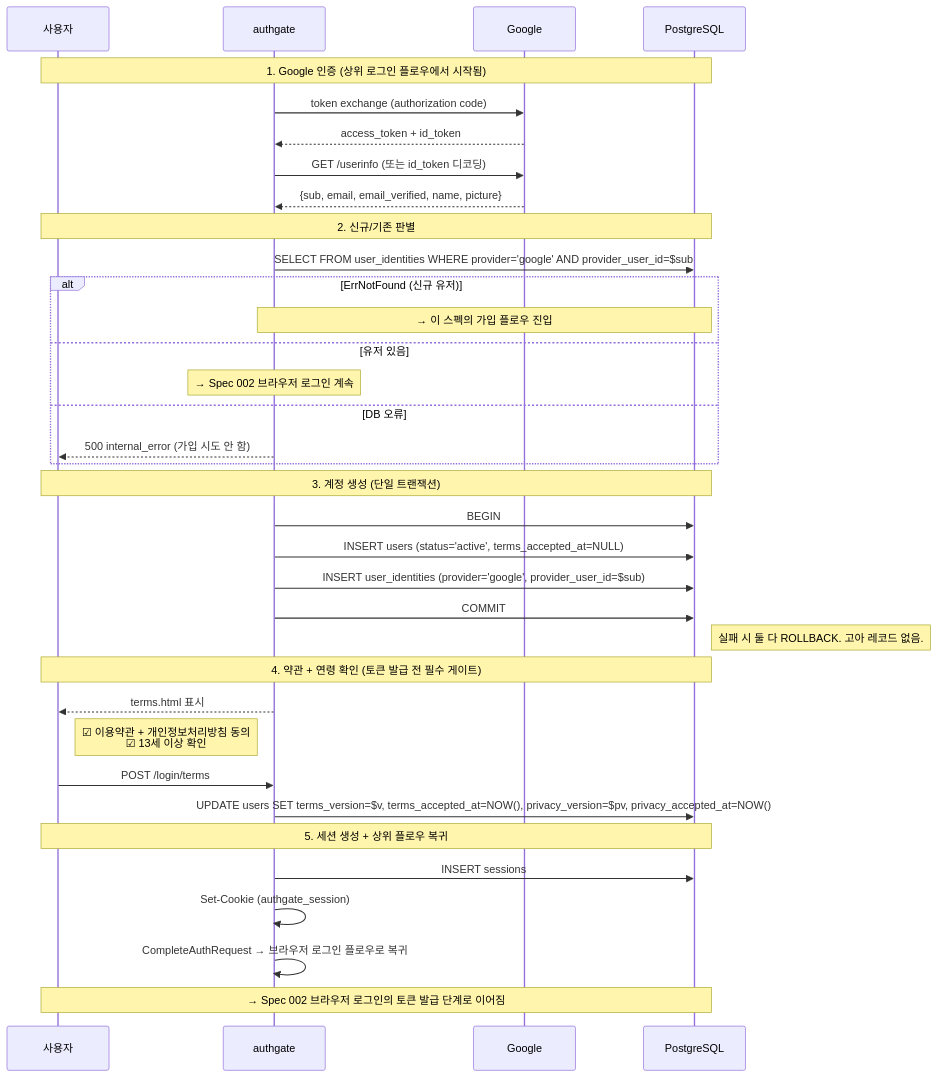
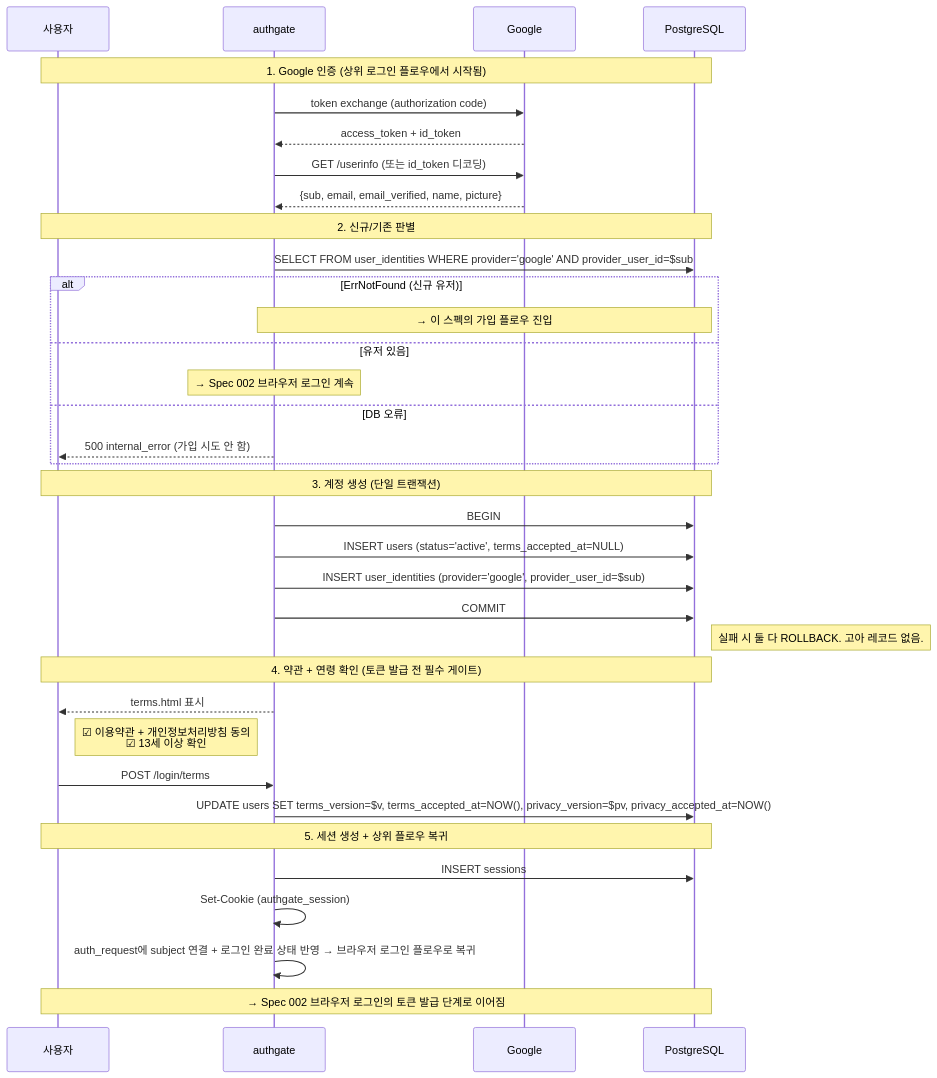
Before and after one commit to cagojeiger/authgate: the diagram in docs/spec/001-signup.md, drawn with Mermaid. The commit also changed other lines of this file and 2 other files, not shown here.

Commit message:
docs: fix 3 remaining data model gaps
- Add allowed_grant_types column to oauth_clients (Spec 007)
  Closes gap where Spec 003 assumed grant_type restriction but
  schema had no storage for it
- Add avatar_url to signup data (Spec 001)
  Maps Google picture field to users.avatar_url, consistent with
  schema (Spec 007) and PII scrubbing (Spec 006)
- Add Token/Session Cleanup section to Spec 005
  Defines hard-delete procedures for revoked/expired refresh_tokens
  (30-day retention for reuse detection), expired sessions, and
  temporary data (auth_requests, device_codes)

````diff
--- a/docs/spec/001-signup.md
+++ b/docs/spec/001-signup.md
@@ -50,42 +50,42 @@
 ```mermaid
 sequenceDiagram
     participant U as 사용자
     participant AG as authgate
     participant G as Google
     participant DB as PostgreSQL
 
     Note over U,DB: 1. Google 인증 (상위 로그인 플로우에서 시작됨)
     AG->>G: token exchange (authorization code)
     G-->>AG: access_token + id_token
     AG->>G: GET /userinfo (또는 id_token 디코딩)
     G-->>AG: {sub, email, email_verified, name, picture}
 
     Note over U,DB: 2. 신규/기존 판별
     AG->>DB: SELECT FROM user_identities WHERE provider='google' AND provider_user_id=$sub
     alt ErrNotFound (신규 유저)
         Note over AG,DB: → 이 스펙의 가입 플로우 진입
     else 유저 있음
         Note over AG: → Spec 002 브라우저 로그인 계속
     else DB 오류
         AG-->>U: 500 internal_error (가입 시도 안 함)
     end
 
     Note over U,DB: 3. 계정 생성 (단일 트랜잭션)
     AG->>DB: BEGIN
     AG->>DB: INSERT users (status='active', terms_accepted_at=NULL)
     AG->>DB: INSERT user_identities (provider='google', provider_user_id=$sub)
     AG->>DB: COMMIT
     Note right of DB: 실패 시 둘 다 ROLLBACK. 고아 레코드 없음.
 
     Note over U,DB: 4. 약관 + 연령 확인 (토큰 발급 전 필수 게이트)
     AG-->>U: terms.html 표시
     Note right of U: ☑ 이용약관 + 개인정보처리방침 동의<br/>☑ 13세 이상 확인
     U->>AG: POST /login/terms
     AG->>DB: UPDATE users SET terms_version=$v, terms_accepted_at=NOW(), privacy_version=$pv, privacy_accepted_at=NOW()
 
     Note over U,DB: 5. 세션 생성 + 상위 플로우 복귀
     AG->>DB: INSERT sessions
     AG->>AG: Set-Cookie (authgate_session)
-    AG->>AG: CompleteAuthRequest → 브라우저 로그인 플로우로 복귀
+    AG->>AG: auth_request에 subject 연결 + 로그인 완료 상태 반영 → 브라우저 로그인 플로우로 복귀
     Note over U,DB: → Spec 002 브라우저 로그인의 토큰 발급 단계로 이어짐
 ```
````
